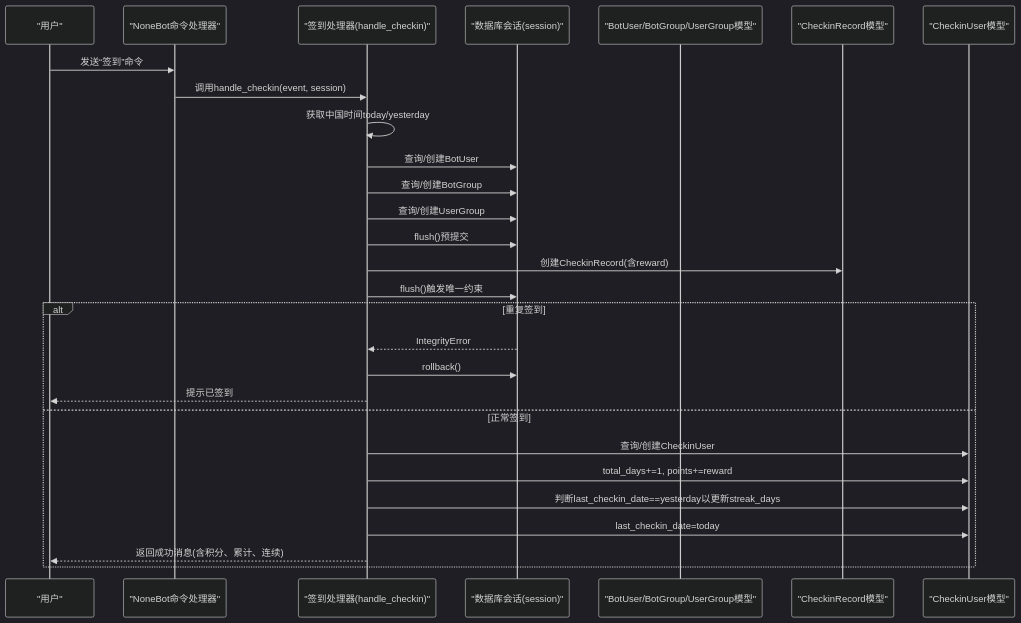
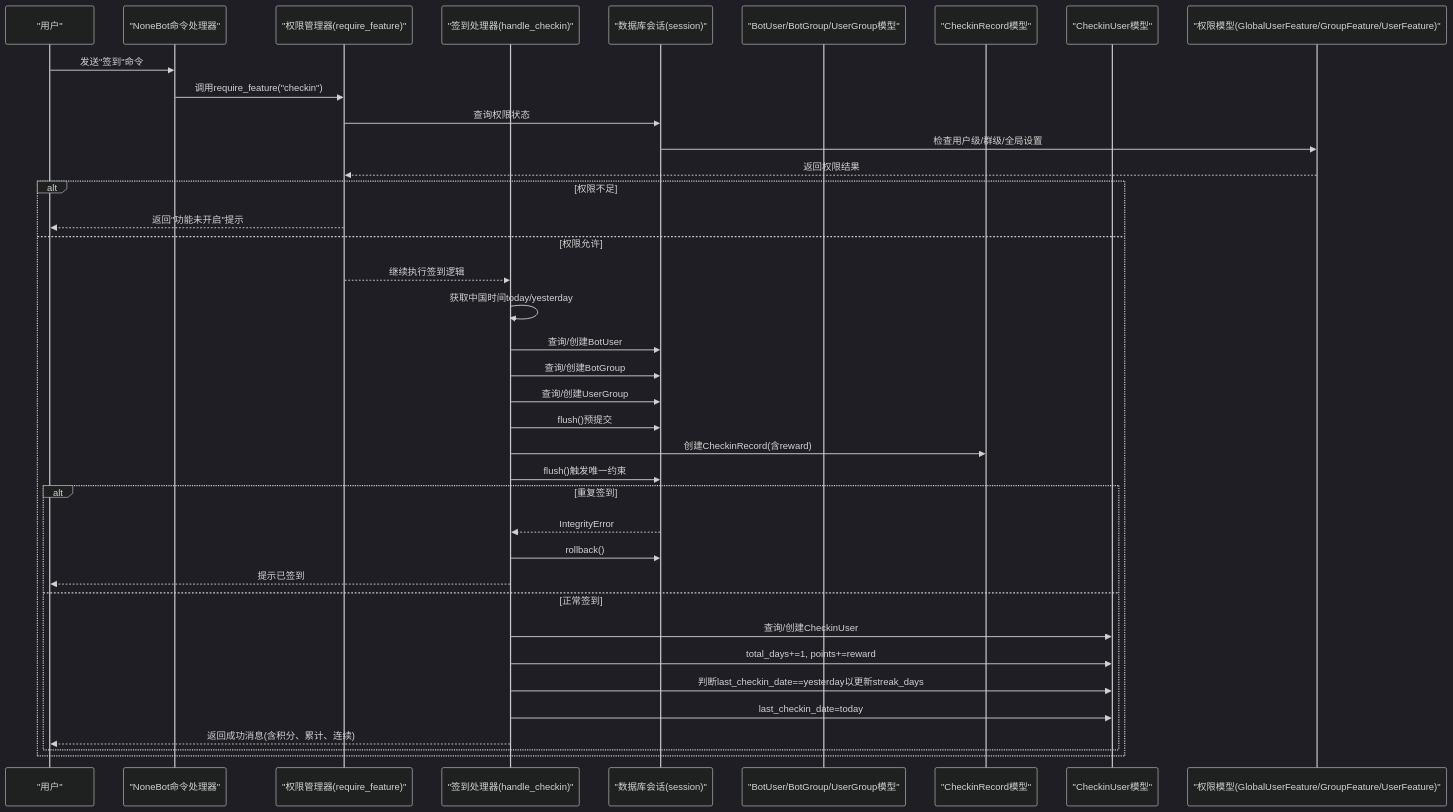
Before and after one commit to Wohaokunr/yawn_bot: the second of 6 diagrams in .qoder/repowiki/zh/content/核心功能模块/签到系统.md, drawn with Mermaid (dark theme). The commit also changed other lines of this file and 10 other files, not shown here.

````diff
--- a/.qoder/repowiki/zh/content/核心功能模块/签到系统.md
+++ b/.qoder/repowiki/zh/content/核心功能模块/签到系统.md
@@ -117,30 +123,40 @@
 ```mermaid
 sequenceDiagram
 participant U as "用户"
 participant NB as "NoneBot命令处理器"
+participant PM as "权限管理器(require_feature)"
 participant CK as "签到处理器(handle_checkin)"
 participant DB as "数据库会话(session)"
 participant BM as "BotUser/BotGroup/UserGroup模型"
 participant CR as "CheckinRecord模型"
 participant CU as "CheckinUser模型"
-U->>NB : 发送“签到”命令
-NB->>CK : 调用handle_checkin(event, session)
+participant PF as "权限模型(GlobalUserFeature/GroupFeature/UserFeature)"
+U->>NB : 发送"签到"命令
+NB->>PM : 调用require_feature("checkin")
+PM->>DB : 查询权限状态
+DB->>PF : 检查用户级/群级/全局设置
+PF-->>PM : 返回权限结果
+alt 权限不足
+PM-->>U : 返回"功能未开启"提示
+else 权限允许
+PM-->>CK : 继续执行签到逻辑
 CK->>CK : 获取中国时间today/yesterday
 CK->>DB : 查询/创建BotUser
 CK->>DB : 查询/创建BotGroup
 CK->>DB : 查询/创建UserGroup
 CK->>DB : flush()预提交
 CK->>CR : 创建CheckinRecord(含reward)
 CK->>DB : flush()触发唯一约束
 alt 重复签到
 DB-->>CK : IntegrityError
 CK->>DB : rollback()
 CK-->>U : 提示已签到
 else 正常签到
 CK->>CU : 查询/创建CheckinUser
 CK->>CU : total_days+=1, points+=reward
 CK->>CU : 判断last_checkin_date==yesterday以更新streak_days
 CK->>CU : last_checkin_date=today
 CK-->>U : 返回成功消息(含积分、累计、连续)
 end
+end
 ```
````
